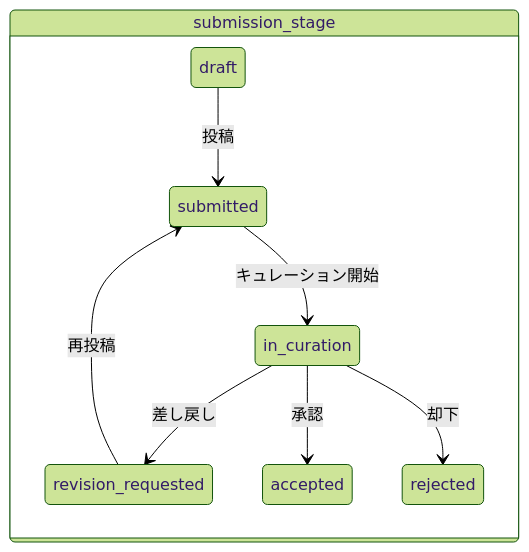
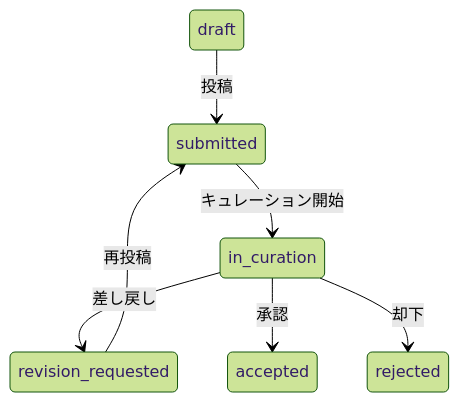
One commit to ddbj/record-idm changed the diagram in docs/submission-stage.md. Above: the diagram before and after it, drawn with Mermaid (forest theme). The commit also changed other lines of this file and 3 other files, not shown here.

Commit message:
Add data model and relations docs, refactor submission-stage to reference shared model

````diff
--- a/docs/submission-stage.md
+++ b/docs/submission-stage.md
@@ -50,11 +20,9 @@
 ```mermaid
 stateDiagram-v2
-    state "submission_stage" as ss {
-        draft --> submitted: 投稿
-        submitted --> in_curation: キュレーション開始
-        in_curation --> revision_requested: 差し戻し
-        revision_requested --> submitted: 再投稿
-        in_curation --> accepted: 承認
-        in_curation --> rejected: 却下
-    }
+    draft --> submitted: 投稿
+    submitted --> in_curation: キュレーション開始
+    in_curation --> revision_requested: 差し戻し
+    revision_requested --> submitted: 再投稿
+    in_curation --> accepted: 承認
+    in_curation --> rejected: 却下
 ```
````
